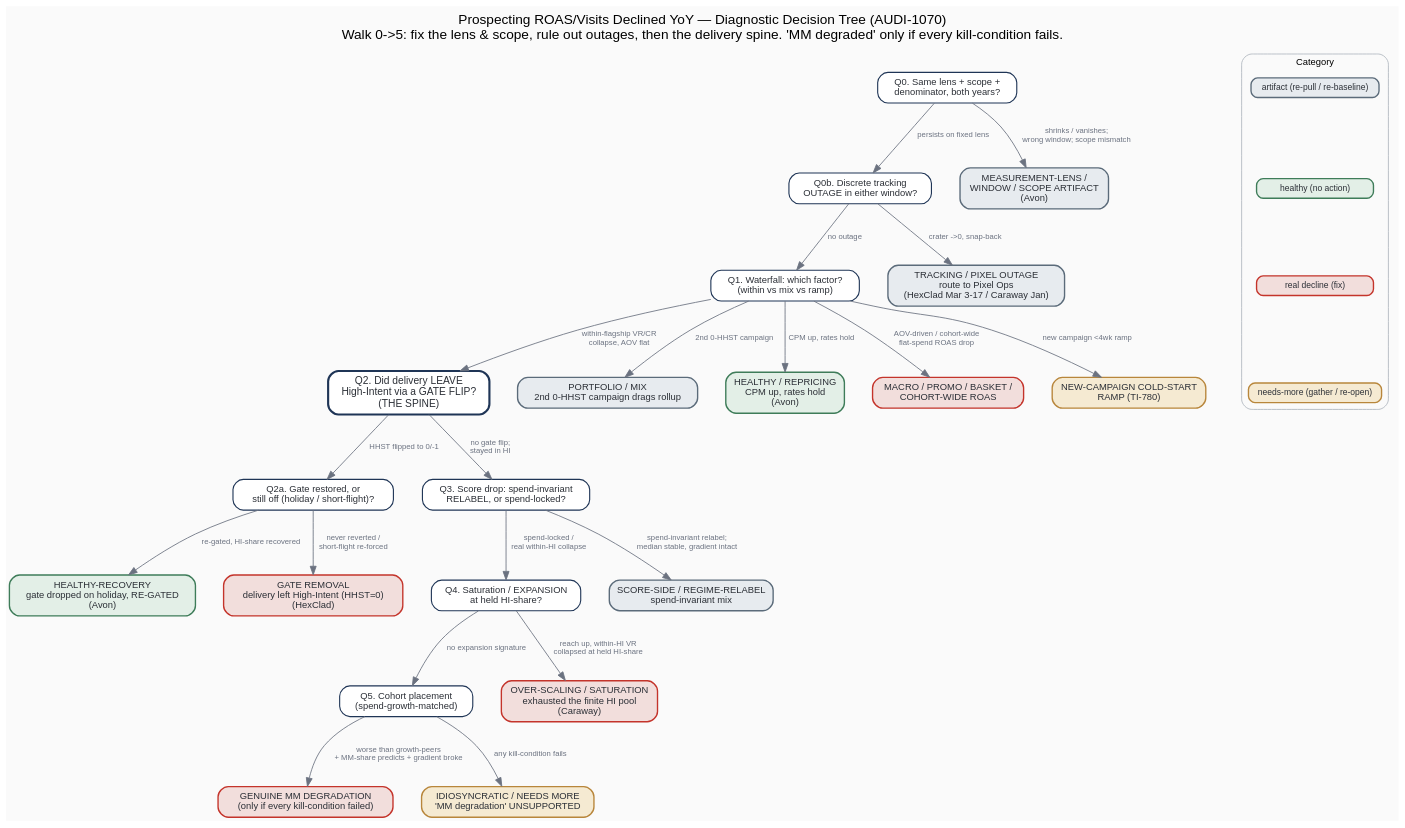
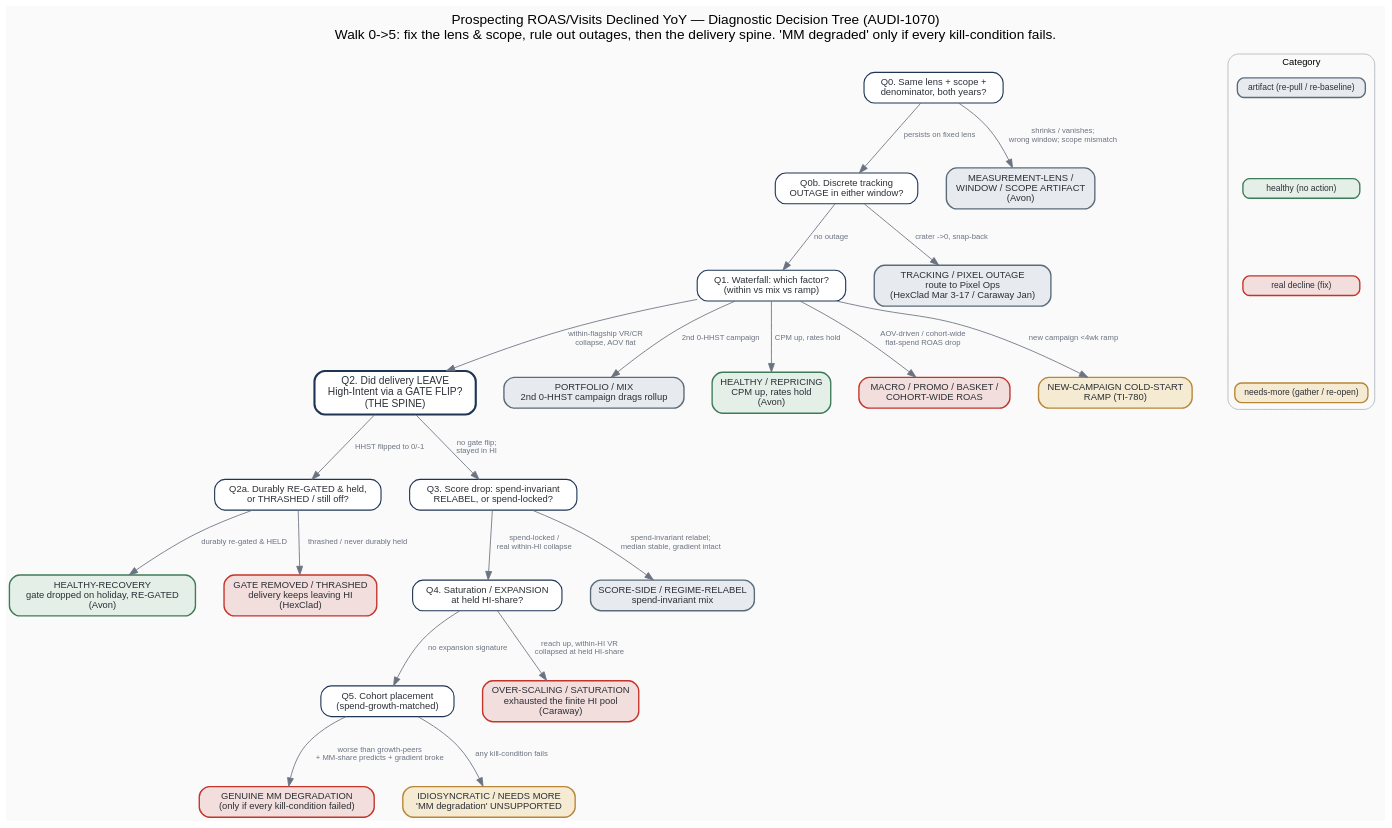
One commit to mdunn-mntn/malachi-workspace changed the diagram in documentation/docs/advertiser_yoy_diagnostic/flowchart/diagnostic_flowchart.dot. Above: the diagram before and after it, drawn with Graphviz. The commit also changed 2 other files, not shown here.

Commit message:
AUDI-1070: adjust diagnostic flowchart for the thrashing correction — Q2a reframed to 3 outcomes (durably RE-GATED & HELD=Avon recovery / THRASHED=HexClad / still-off); D_gate_removal renamed 'GATE REMOVED / THRASHED — delivery keeps leaving HI'; fix + confirm_table updated (thrashed not never-reverted, short-flight 45% vs 28% tendency, gate+spend+flights sync method, Jan recovery = natural experiment). Re-rendered PNG/SVG/HTML; synced ticket copies.

```diff
--- a/documentation/docs/advertiser_yoy_diagnostic/flowchart/diagnostic_flowchart.dot
+++ b/documentation/docs/advertiser_yoy_diagnostic/flowchart/diagnostic_flowchart.dot
@@ -1,94 +1,94 @@
 digraph advertiser_yoy_diagnostic {
   rankdir=TB;
   bgcolor="#FAFAFA";
   fontname="Helvetica";
   labelloc="t";
   label="Prospecting ROAS/Visits Declined YoY — Diagnostic Decision Tree (AUDI-1070)\nWalk 0->5: fix the lens & scope, rule out outages, then the delivery spine. 'MM degraded' only if every kill-condition fails.";
   fontsize=16;
   nodesep=0.46;
   ranksep=0.78;
   node [fontname="Helvetica", fontsize=11, margin="0.14,0.09"];
   edge [fontname="Helvetica", fontsize=9, color="#6B7280", fontcolor="#6B7280"];
 
   // ---- Decision nodes: light rounded boxes, navy border; Q2 = bold spine ----
   node [shape=box, style="rounded,filled", fillcolor="white", color="#1F3556", penwidth=1.3, fontcolor="#2B2F36"];
   Q0   [label="Q0. Same lens + scope +\ndenominator, both years?"];
   Q0b  [label="Q0b. Discrete tracking\nOUTAGE in either window?"];
   Q1   [label="Q1. Waterfall: which factor?\n(within vs mix vs ramp)"];
   Q2   [label="Q2. Did delivery LEAVE\nHigh-Intent via a GATE FLIP?\n(THE SPINE)", penwidth=2.5, fontsize=12, color="#1F3556"];
-  Q2a  [label="Q2a. Gate restored, or\nstill off (holiday / short-flight)?"];
+  Q2a  [label="Q2a. Durably RE-GATED & held,\nor THRASHED / still off?"];
   Q3   [label="Q3. Score drop: spend-invariant\nRELABEL, or spend-locked?"];
   Q4   [label="Q4. Saturation / EXPANSION\nat held HI-share?"];
   Q5   [label="Q5. Cohort placement\n(spend-growth-matched)"];
 
   // ---- Diagnosis leaves: filled per category (pale fill + saturated same-hue border) ----
   // artifact = slate gray-blue
   node [shape=box, style="rounded,filled", fillcolor="#E7EBEF", color="#5B6B7A", penwidth=1.6, fontcolor="#2B2F36"];
   D_measurement    [label="MEASUREMENT-LENS /\nWINDOW / SCOPE ARTIFACT\n(Avon)"];
   D_tracking_outage[label="TRACKING / PIXEL OUTAGE\nroute to Pixel Ops\n(HexClad Mar 3-17 / Caraway Jan)"];
   D_portfolio      [label="PORTFOLIO / MIX\n2nd 0-HHST campaign drags rollup"];
   D_score_artifact [label="SCORE-SIDE / REGIME-RELABEL\nspend-invariant mix"];
 
   // healthy = muted forest green
   node [fillcolor="#E3EFE7", color="#3E7C59"];
   D_healthy  [label="HEALTHY / REPRICING\nCPM up, rates hold\n(Avon)"];
   D_recovery [label="HEALTHY-RECOVERY\ngate dropped on holiday, RE-GATED\n(Avon)"];
 
   // real-decline = brick red (THE accent)
   node [fillcolor="#F2DEDC", color="#C4342B"];
   D_macro        [label="MACRO / PROMO / BASKET /\nCOHORT-WIDE ROAS"];
-  D_gate_removal [label="GATE REMOVAL\ndelivery left High-Intent (HHST=0)\n(HexClad)"];
+  D_gate_removal [label="GATE REMOVED / THRASHED\ndelivery keeps leaving HI\n(HexClad)"];
   D_over_scaling [label="OVER-SCALING / SATURATION\nexhausted the finite HI pool\n(Caraway)"];
   D_mm_degraded  [label="GENUINE MM DEGRADATION\n(only if every kill-condition failed)"];
 
   // needs-more = muted amber
   node [fillcolor="#F5EAD2", color="#B8863B"];
   D_cold_start [label="NEW-CAMPAIGN COLD-START\nRAMP (TI-780)"];
   D_needs_more [label="IDIOSYNCRATIC / NEEDS MORE\n'MM degradation' UNSUPPORTED"];
 
   // ---- Spine edges (straight vertical chain) ----
   Q0  -> Q0b [label="persists on fixed lens"];
   Q0b -> Q1  [label="no outage"];
   Q1  -> Q2  [label="within-flagship VR/CR\ncollapse, AOV flat"];
   Q2  -> Q2a [label="HHST flipped to 0/-1"];
   Q2  -> Q3  [label="no gate flip;\nstayed in HI"];
   Q3  -> Q4  [label="spend-locked /\nreal within-HI collapse"];
   Q4  -> Q5  [label="no expansion signature"];
 
   // ---- Lateral leaf branches ----
   Q0  -> D_measurement     [label="shrinks / vanishes;\nwrong window; scope mismatch"];
   Q0b -> D_tracking_outage [label="crater ->0, snap-back"];
 
   Q1  -> D_healthy    [label="CPM up, rates hold"];
   Q1  -> D_macro      [label="AOV-driven / cohort-wide\nflat-spend ROAS drop"];
   Q1  -> D_portfolio  [label="2nd 0-HHST campaign"];
   Q1  -> D_cold_start [label="new campaign <4wk ramp"];
 
-  Q2a -> D_recovery     [label="re-gated, HI-share recovered"];
-  Q2a -> D_gate_removal [label="never reverted /\nshort-flight re-forced"];
+  Q2a -> D_recovery     [label="durably re-gated & HELD"];
+  Q2a -> D_gate_removal [label="thrashed / never durably held"];
 
   Q3  -> D_score_artifact [label="spend-invariant relabel;\nmedian stable, gradient intact"];
 
   Q4  -> D_over_scaling [label="reach up, within-HI VR\ncollapsed at held HI-share"];
 
   Q5  -> D_mm_degraded [label="worse than growth-peers\n+ MM-share predicts + gradient broke"];
   Q5  -> D_needs_more  [label="any kill-condition fails"];
 
   // ---- Legend (4-swatch category key) ----
   subgraph cluster_legend {
     label="Category";
     labelloc="t";
     fontsize=11;
     fontname="Helvetica";
     style="rounded";
     color="#B0B7BF";
     node [shape=box, style="rounded,filled", fontsize=10, width=1.9, height=0.32, fixedsize=false, margin="0.06,0.04"];
     L_artifact  [label="artifact (re-pull / re-baseline)", fillcolor="#E7EBEF", color="#5B6B7A", penwidth=1.6];
     L_healthy   [label="healthy (no action)", fillcolor="#E3EFE7", color="#3E7C59", penwidth=1.6];
     L_decline   [label="real decline (fix)", fillcolor="#F2DEDC", color="#C4342B", penwidth=1.6];
     L_needsmore [label="needs-more (gather / re-open)", fillcolor="#F5EAD2", color="#B8863B", penwidth=1.6];
     L_artifact -> L_healthy [style=invis];
     L_healthy -> L_decline [style=invis];
     L_decline -> L_needsmore [style=invis];
   }
 }
```
